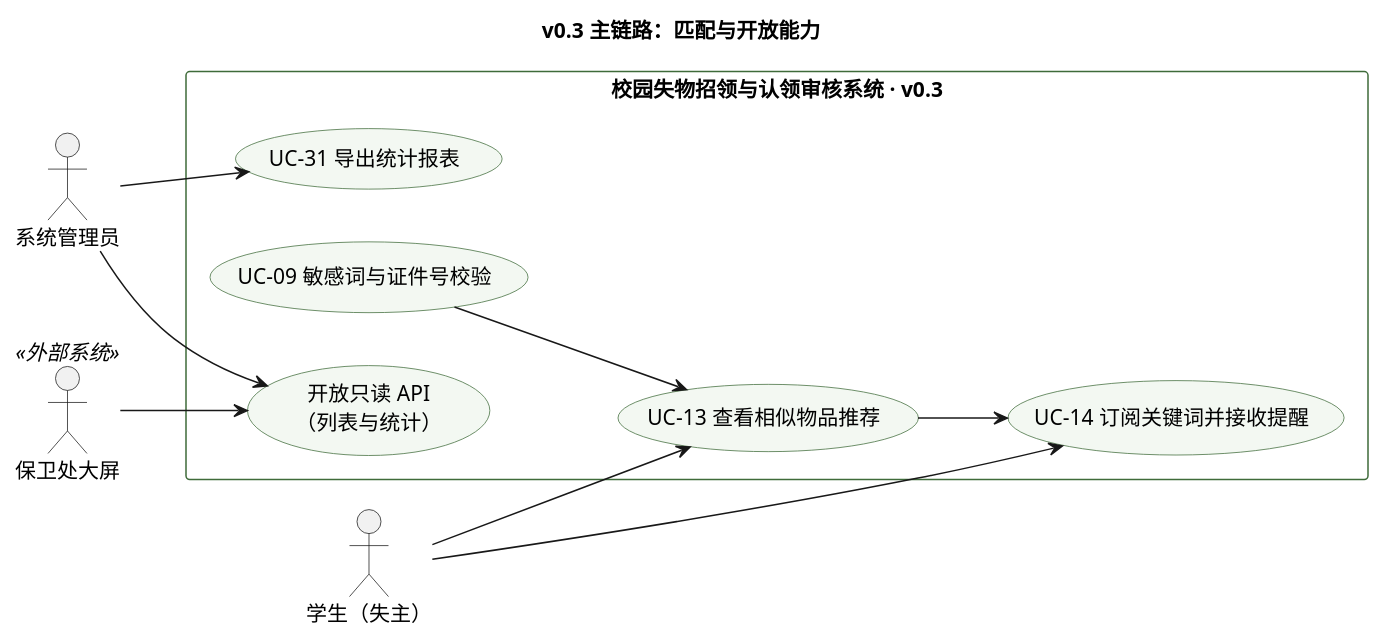
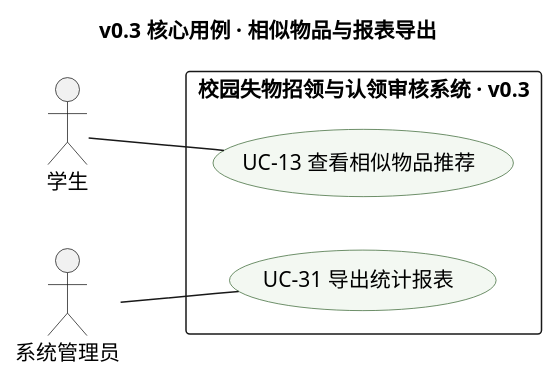
One commit to phao90016-jpg/Tongji-campus-lost-found changed the diagram in models/usecase/usecase-v03.puml. Above: the diagram before and after it, drawn with PlantUML. The commit also changed 30 other files, not shown here.

Commit message:
docs: 修正用例图和通知时序图

```diff
--- a/models/usecase/usecase-v03.puml
+++ b/models/usecase/usecase-v03.puml
@@ -1,41 +1,22 @@
 @startuml usecase-v03
-' ============================================================
-' 校园失物招领与认领审核系统 · v0.3 主链路用例图
-' 主题：匹配与开放能力（承接增量）
-' ============================================================
-title v0.3 主链路：匹配与开放能力
-
+title v0.3 核心用例 · 相似物品与报表导出
+skinparam defaultFontName "PingFang SC"
 skinparam shadowing false
-skinparam defaultFontName "Microsoft YaHei"
 skinparam usecase {
   BackgroundColor #F3F8F2
   BorderColor #3F6B3A
 }
-skinparam rectangle {
-  BackgroundColor #FFFFFF
-  BorderColor #3F6B3A
-}
 left to right direction
 
-actor "学生（失主）" as STU
+
+actor "学生" as STU
 actor "系统管理员" as ADMIN
-actor "保卫处大屏" as SCREEN <<外部系统>>
 
 rectangle "校园失物招领与认领审核系统 · v0.3" {
   usecase "UC-13 查看相似物品推荐" as UC13
-  usecase "UC-14 订阅关键词并接收提醒" as UC14
   usecase "UC-31 导出统计报表" as UC31
-  usecase "UC-09 敏感词与证件号校验" as UC09
-  usecase "开放只读 API\n（列表与统计）" as API
 }
 
-STU --> UC13
-STU --> UC14
-ADMIN --> UC31
-ADMIN --> API
-
-UC13 --> UC14
-UC09 --> UC13
-SCREEN --> API
-
+STU -- UC13
+ADMIN -- UC31
 @enduml
```
